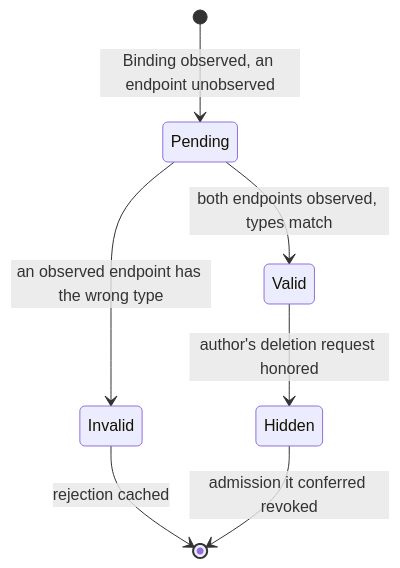
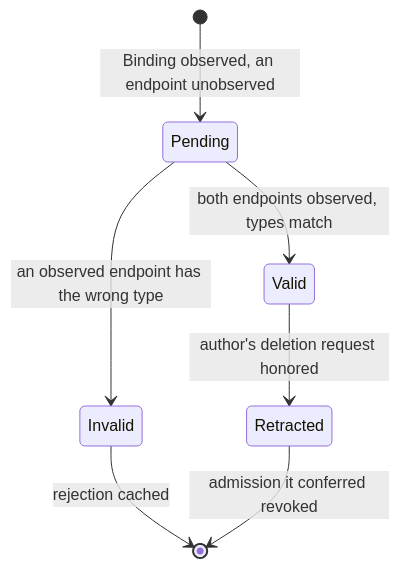
One commit to crocs-muni/scrutiny-fabric changed the second of 9 diagrams in docs/protocol-spec.md. Above: the diagram before and after it, drawn with Mermaid. The commit also changed other lines of this file and 24 other files, not shown here.

````diff
--- a/docs/protocol-spec.md
+++ b/docs/protocol-spec.md
@@ -213,9 +213,9 @@
 ```mermaid
 stateDiagram-v2
     [*] --> Pending : Binding observed, an endpoint unobserved
     Pending --> Valid : both endpoints observed, types match
     Pending --> Invalid : an observed endpoint has the wrong type
-    Valid --> Hidden : author's deletion request honored
+    Valid --> Retracted : author's deletion request honored
     Invalid --> [*] : rejection cached
-    Hidden --> [*] : admission it conferred revoked
+    Retracted --> [*] : admission it conferred revoked
 ```
````
